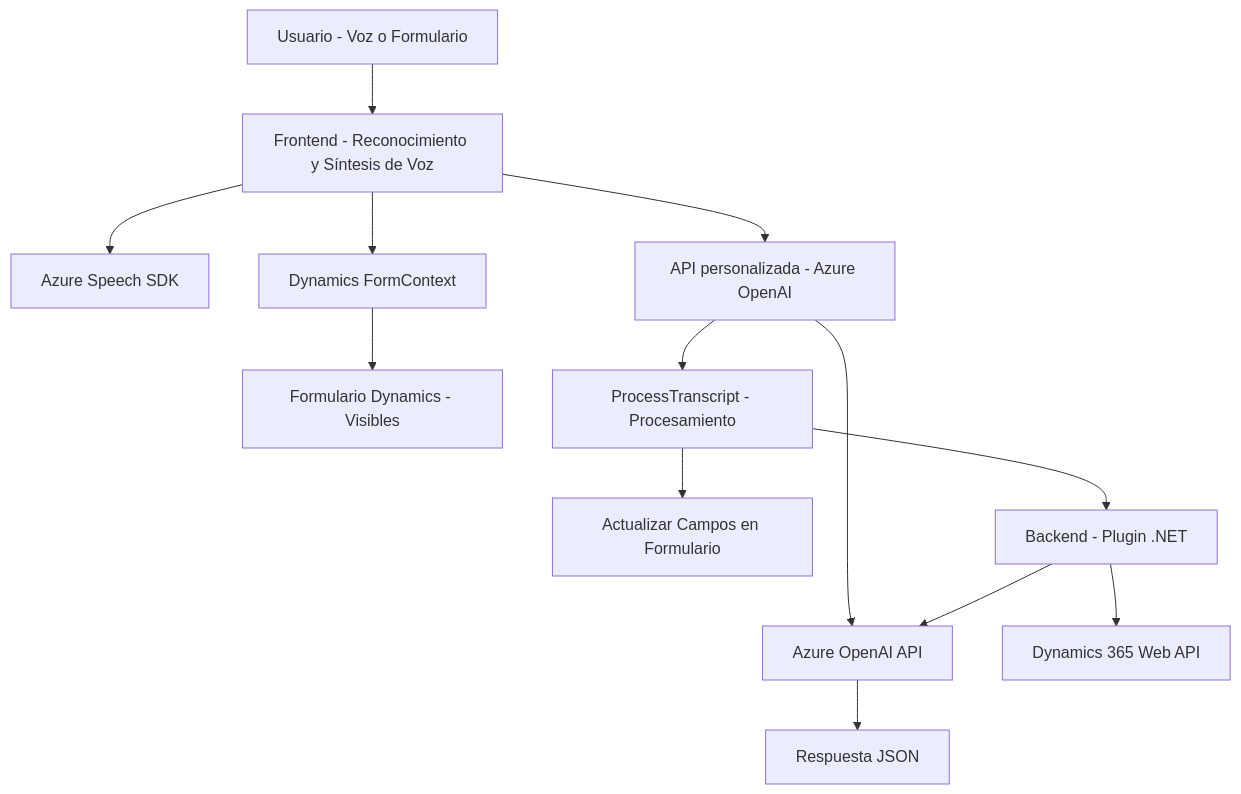
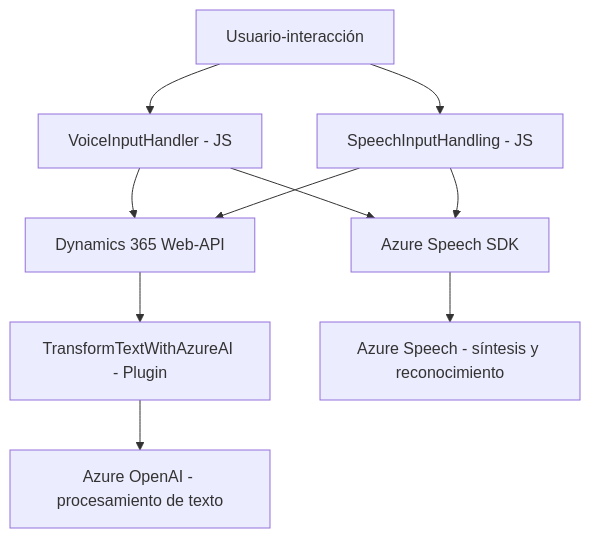
Before and after one commit to blopezdm/NETCORE_BILBAO2025: the diagram in README.md, drawn with Mermaid. The commit also changed other lines of this file, not shown here.

Commit message:
Actualizar análisis global de la solución con IA

````diff
--- a/README.md
+++ b/README.md
@@ -42,15 +44,20 @@
 ```mermaid
 graph TD
-    A["Usuario - Voz o Formulario"] --> B["Frontend - Reconocimiento y Síntesis de Voz"]
-    B --> C["Azure Speech SDK"]
-    B --> D["Dynamics FormContext"]
-    D --> E["Formulario Dynamics - Visibles"]
-    B --> F["API personalizada - Azure OpenAI"]
-    F --> G["Azure OpenAI API"]
-    G --> H["Respuesta JSON"]
-    F --> I["ProcessTranscript - Procesamiento"]
-    I --> J["Actualizar Campos en Formulario"]
-    I --> K["Backend - Plugin .NET"]
-    K --> L["Dynamics 365 Web API"]
-    K --> G
+    A["Usuario-interacción"]
+    B["VoiceInputHandler - JS"]
+    C["SpeechInputHandling - JS"]
+    D["Azure Speech SDK"]
+    E["Dynamics 365 Web-API"]
+    F["TransformTextWithAzureAI - Plugin"]
+    G["Azure Speech - síntesis y reconocimiento"]
+    H["Azure OpenAI - procesamiento de texto"]
+    A --> B
+    A --> C
+    B --> D
+    C --> D
+    D --> G
+    B --> E
+    C --> E
+    E --> F
+    F --> H
 ```
````
